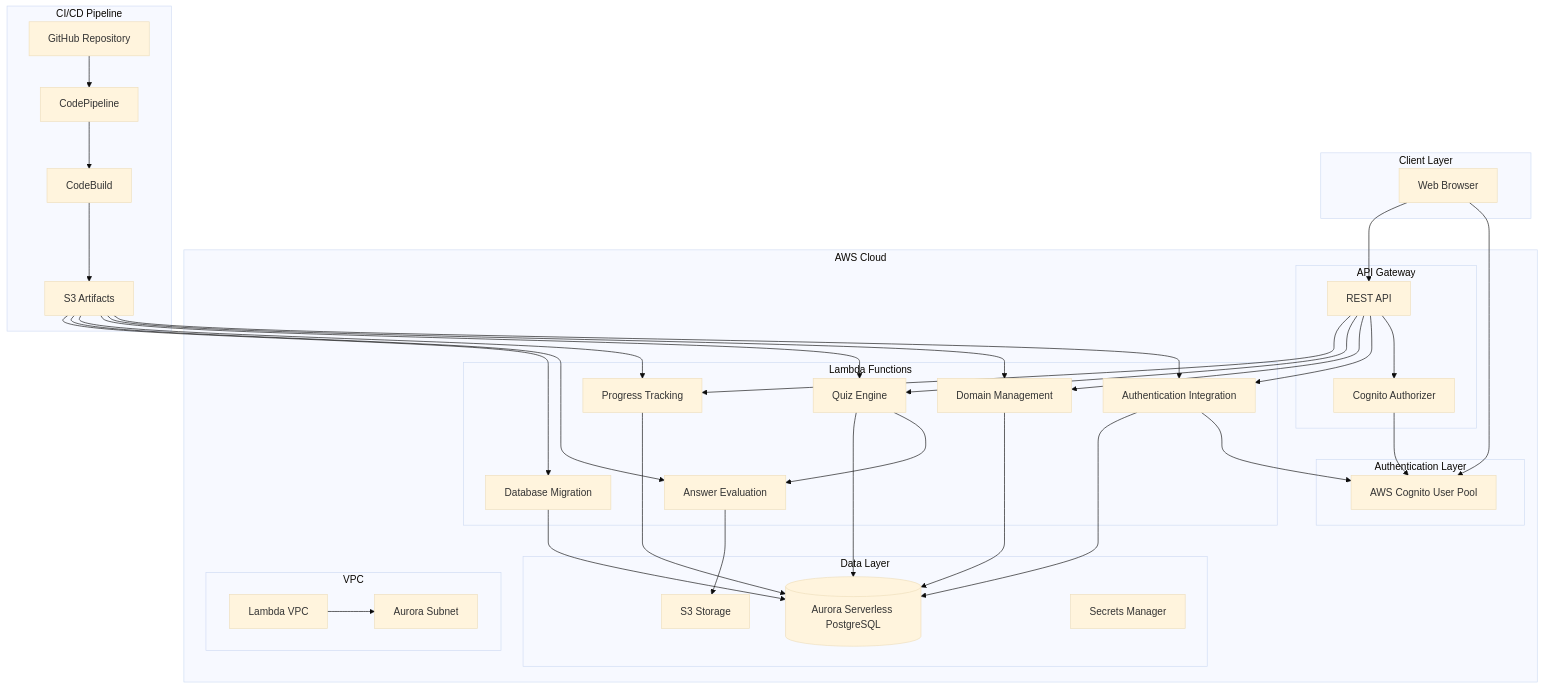
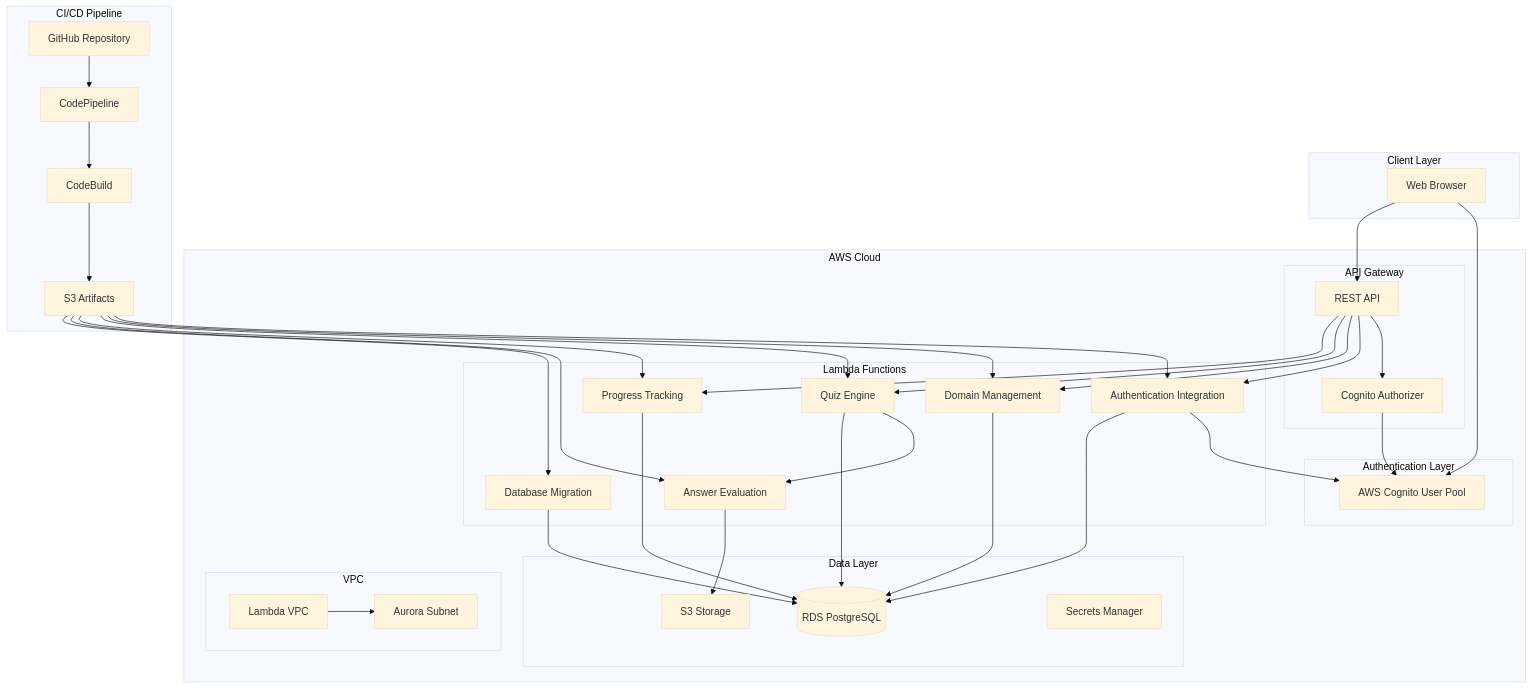
One commit to huschlej111/ai-tutor-system changed the first of 3 diagrams in .kiro/specs/tutor-system/design.md. Above: the diagram before and after it, drawn with Mermaid (base theme). The commit also changed other lines of this file and 2298 other files, not shown here.

````diff
--- a/.kiro/specs/tutor-system/design.md
+++ b/.kiro/specs/tutor-system/design.md
@@ -364,74 +364,74 @@
 ```mermaid
 graph TB
     subgraph "Client Layer"
         WEB[Web Browser]
     end
     
     subgraph "CI/CD Pipeline"
         GITHUB[GitHub Repository]
         PIPELINE[CodePipeline]
         BUILD[CodeBuild]
         S3_ARTIFACTS[S3 Artifacts]
     end
     
     subgraph "AWS Cloud"
         subgraph "Authentication Layer"
             COGNITO[AWS Cognito User Pool]
         end
         
         subgraph "API Gateway"
             API[REST API]
             AUTHORIZER[Cognito Authorizer]
         end
         
         subgraph "Lambda Functions"
             AUTH[Authentication Integration]
             DOMAIN[Domain Management]
             QUIZ[Quiz Engine]
             PROGRESS[Progress Tracking]
             EVAL[Answer Evaluation]
             MIGRATE[Database Migration]
         end
         
         subgraph "Data Layer"
-            AURORA[(Aurora Serverless PostgreSQL)]
+            AURORA[(RDS PostgreSQL)]
             S3[S3 Storage]
             SECRETS[Secrets Manager]
         end
         
         subgraph "VPC"
             LAMBDA_VPC[Lambda VPC]
             AURORA_VPC[Aurora Subnet]
         end
     end
     
     GITHUB --> PIPELINE
     PIPELINE --> BUILD
     BUILD --> S3_ARTIFACTS
     S3_ARTIFACTS --> AUTH
     S3_ARTIFACTS --> DOMAIN
     S3_ARTIFACTS --> QUIZ
     S3_ARTIFACTS --> PROGRESS
     S3_ARTIFACTS --> EVAL
     S3_ARTIFACTS --> MIGRATE
     
     WEB --> COGNITO
     WEB --> API
     API --> AUTHORIZER
     AUTHORIZER --> COGNITO
     API --> AUTH
     API --> DOMAIN
     API --> QUIZ
     API --> PROGRESS
     QUIZ --> EVAL
     
     AUTH --> COGNITO
     AUTH --> AURORA
     DOMAIN --> AURORA
     QUIZ --> AURORA
     PROGRESS --> AURORA
     MIGRATE --> AURORA
     EVAL --> S3
     
     LAMBDA_VPC --> AURORA_VPC
 ```
````
